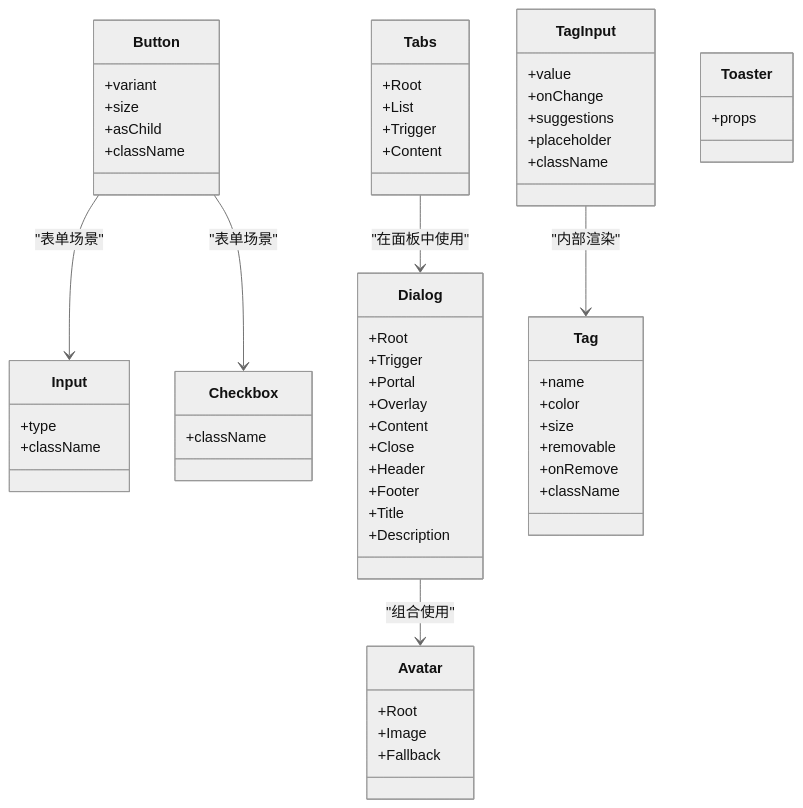
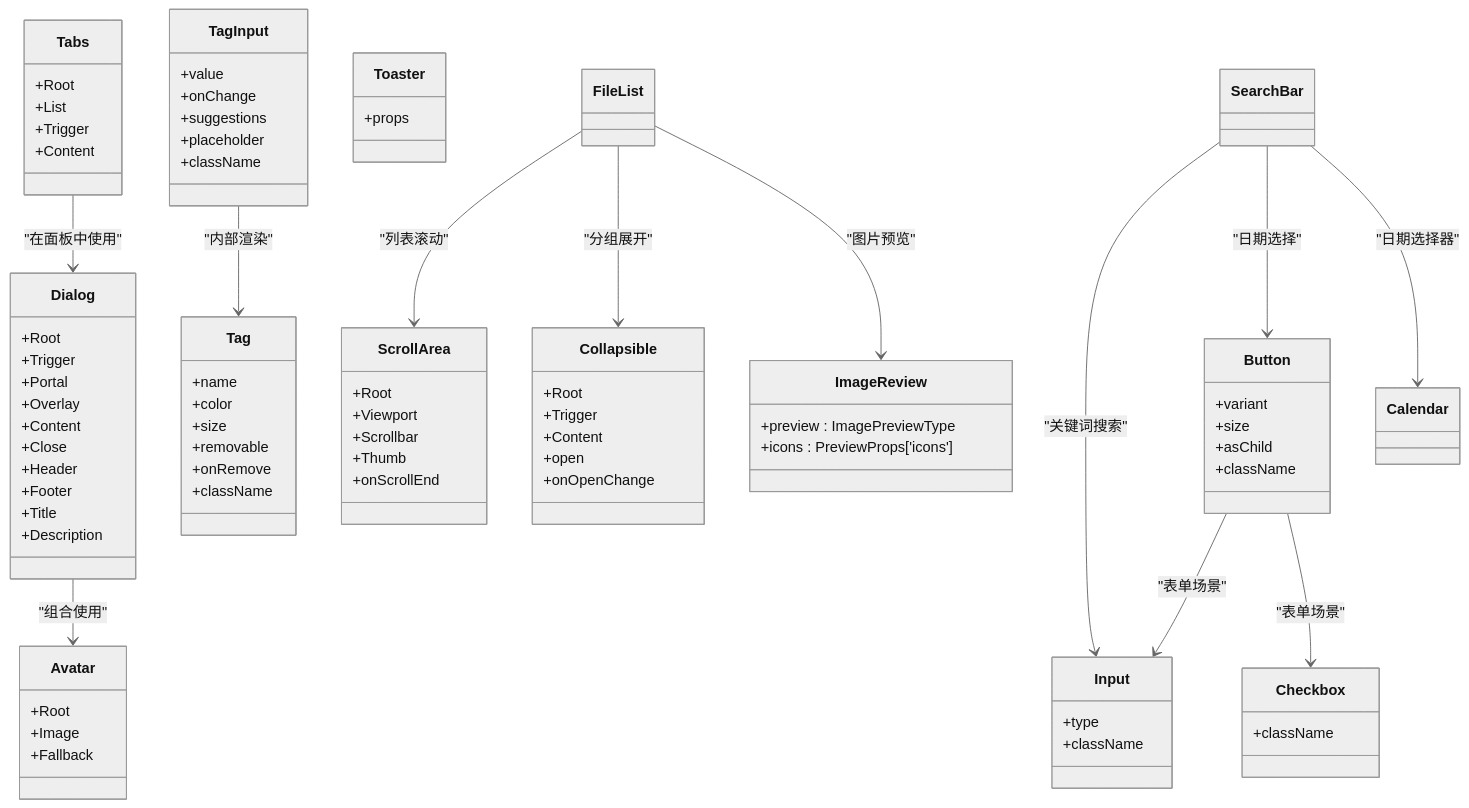
Before and after one commit to RadiumAg/image-saas: the seventh of 8 diagrams in .qoder/repowiki/zh/content/前端组件架构/前端组件架构.md, drawn with Mermaid (neutral theme). The commit also changed other lines of this file and 9 other files, not shown here.

````diff
--- a/.qoder/repowiki/zh/content/前端组件架构/前端组件架构.md
+++ b/.qoder/repowiki/zh/content/前端组件架构/前端组件架构.md
@@ -317,9 +474,33 @@
 class Toaster {
 +props
 }
+class ScrollArea {
++Root
++Viewport
++Scrollbar
++Thumb
++onScrollEnd
+}
+class Collapsible {
++Root
++Trigger
++Content
++open
++onOpenChange
+}
+class ImageReview {
++preview : ImagePreviewType
++icons : PreviewProps['icons']
+}
 Dialog --> Avatar : "组合使用"
 Button --> Input : "表单场景"
 Button --> Checkbox : "表单场景"
 TagInput --> Tag : "内部渲染"
 Tabs --> Dialog : "在面板中使用"
+FileList --> ScrollArea : "列表滚动"
+FileList --> Collapsible : "分组展开"
+FileList --> ImageReview : "图片预览"
+SearchBar --> Input : "关键词搜索"
+SearchBar --> Button : "日期选择"
+SearchBar --> Calendar : "日期选择器"
 ```
````
